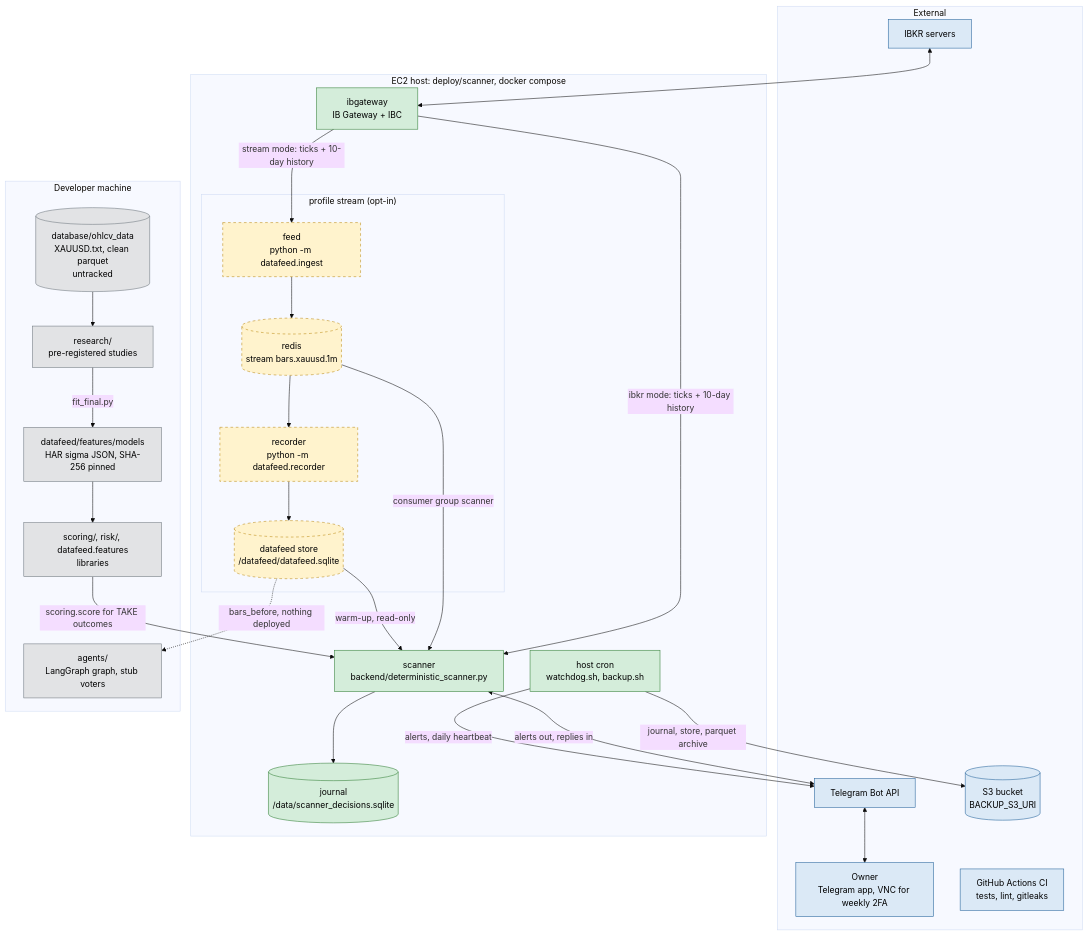
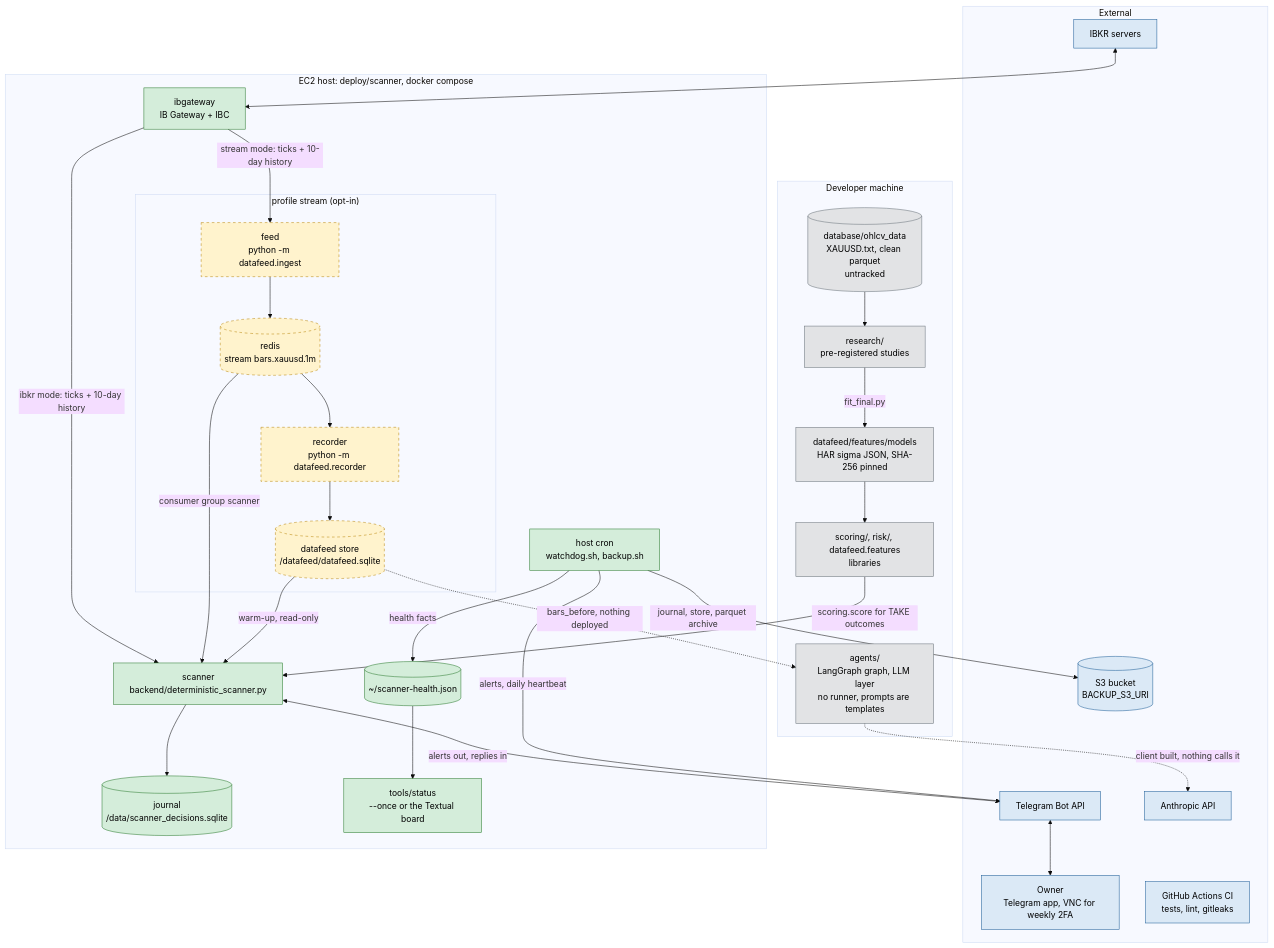
Before and after one commit to QBKFD/OPARLI-LLM-FORWARD: the first of 12 diagrams in docs/ARCHITECTURE_CURRENT.md, drawn with Mermaid (base theme). The commit also changed other lines of this file and 1 other file, not shown here.

First line of the commit message:
docs: ARCHITECTURE_CURRENT and README to main @ e194cb7, agents v2 diagrams

````diff
--- a/docs/ARCHITECTURE_CURRENT.md
+++ b/docs/ARCHITECTURE_CURRENT.md
@@ -27,55 +27,60 @@
 ```mermaid
 flowchart TB
   subgraph EXT["External"]
     IBKR["IBKR servers"]
     TG["Telegram Bot API"]
     OWNER["Owner<br/>Telegram app, VNC for weekly 2FA"]
     S3[("S3 bucket<br/>BACKUP_S3_URI")]
     GH["GitHub Actions CI<br/>tests, lint, gitleaks"]
+    ANT["Anthropic API"]
   end
 
   subgraph EC2["EC2 host: deploy/scanner, docker compose"]
     GW["ibgateway<br/>IB Gateway + IBC"]
     SC["scanner<br/>backend/deterministic_scanner.py"]
     J[("journal<br/>/data/scanner_decisions.sqlite")]
     CRON["host cron<br/>watchdog.sh, backup.sh"]
+    HJ[("~/scanner-health.json")]
+    STB["tools/status<br/>--once or the Textual board"]
     subgraph STREAM["profile stream (opt-in)"]
       FEED["feed<br/>python -m datafeed.ingest"]
       R[("redis<br/>stream bars.xauusd.1m")]
       REC["recorder<br/>python -m datafeed.recorder"]
       DS[("datafeed store<br/>/datafeed/datafeed.sqlite")]
     end
   end
 
   subgraph DEV["Developer machine"]
     DATA[("database/ohlcv_data<br/>XAUUSD.txt, clean parquet<br/>untracked")]
     RES["research/<br/>pre-registered studies"]
     MODEL["datafeed/features/models<br/>HAR sigma JSON, SHA-256 pinned"]
     LIB["scoring/, risk/, datafeed.features<br/>libraries"]
-    AG["agents/<br/>LangGraph graph, stub voters"]
+    AG["agents/<br/>LangGraph graph, LLM layer<br/>no runner, prompts are templates"]
   end
 
   IBKR <--> GW
   GW -->|"ibkr mode: ticks + 10-day history"| SC
   GW -->|"stream mode: ticks + 10-day history"| FEED
   FEED --> R --> REC --> DS
   R -->|"consumer group scanner"| SC
   DS -->|"warm-up, read-only"| SC
   SC --> J
   SC <-->|"alerts out, replies in"| TG
   TG <--> OWNER
   CRON -->|"alerts, daily heartbeat"| TG
   CRON -->|"journal, store, parquet archive"| S3
+  CRON -->|"health facts"| HJ --> STB
   DATA --> RES -->|"fit_final.py"| MODEL --> LIB
   LIB -->|"scoring.score for TAKE outcomes"| SC
   DS -.->|"bars_before, nothing deployed"| AG
+  AG -.->|"client built, nothing calls it"| ANT
 
   classDef prod fill:#d4edda,stroke:#2e7d32,color:#000
   classDef optin fill:#fff3cd,stroke:#b8860b,stroke-dasharray:5 5,color:#000
   classDef idle fill:#e2e3e5,stroke:#6c757d,color:#000
   classDef ext fill:#dbe9f6,stroke:#1f5f99,color:#000
-  class GW,SC,J,CRON prod
+  class GW,SC,J,CRON,HJ,STB prod
   class FEED,R,REC,DS optin
   class DATA,RES,MODEL,LIB,AG idle
-  class IBKR,TG,OWNER,S3,GH ext
+  class IBKR,TG,OWNER,S3,GH,ANT ext
 ```
````
